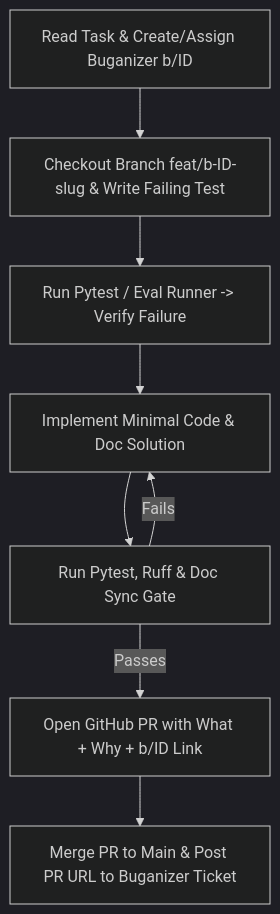
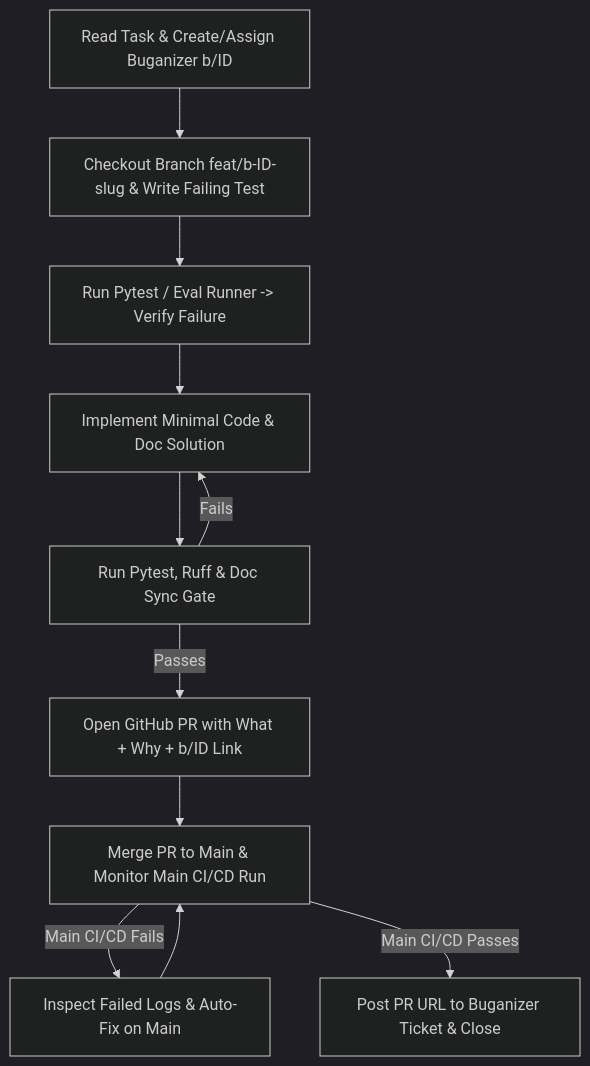
The diagram in AGENTS.md (willie3838/williamc-ecomm-capstone), drawn with Mermaid (dark theme) before and after one commit. The commit also changed other lines of this file and 14 other files, not shown here.

Commit message:
fix(ci): resolve rebase test conflicts, ruff lint errors, and enforce post-merge main CI monitoring

````diff
--- a/AGENTS.md
+++ b/AGENTS.md
@@ -109,10 +115,13 @@
 ```mermaid
 flowchart TD
     A[Read Task & Create/Assign Buganizer b/ID] --> B[Checkout Branch feat/b-ID-slug & Write Failing Test]
     B --> C[Run Pytest / Eval Runner -> Verify Failure]
     C --> D[Implement Minimal Code & Doc Solution]
     D --> E[Run Pytest, Ruff & Doc Sync Gate]
     E -->|Fails| D
     E -->|Passes| F[Open GitHub PR with What + Why + b/ID Link]
-    F --> G[Merge PR to Main & Post PR URL to Buganizer Ticket]
+    F --> G[Merge PR to Main & Monitor Main CI/CD Run]
+    G -->|Main CI/CD Fails| H[Inspect Failed Logs & Auto-Fix on Main]
+    H --> G
+    G -->|Main CI/CD Passes| I[Post PR URL to Buganizer Ticket & Close]
 ```
````
